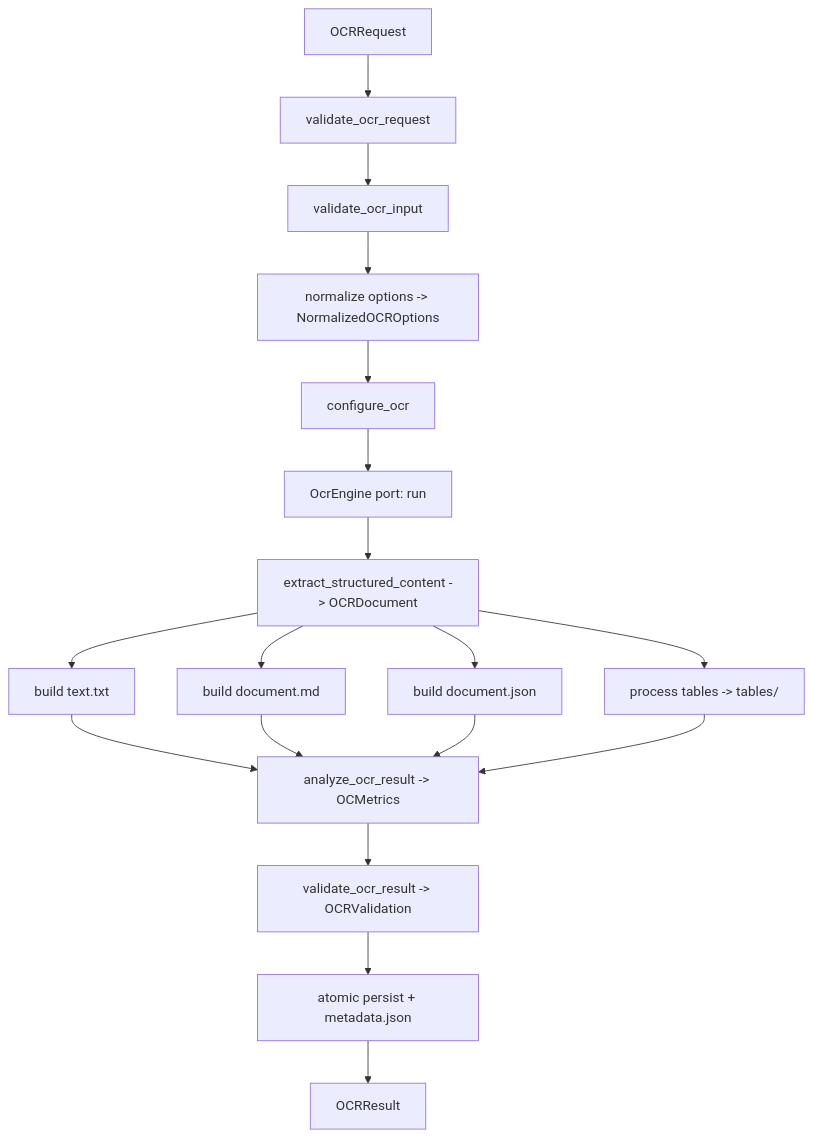
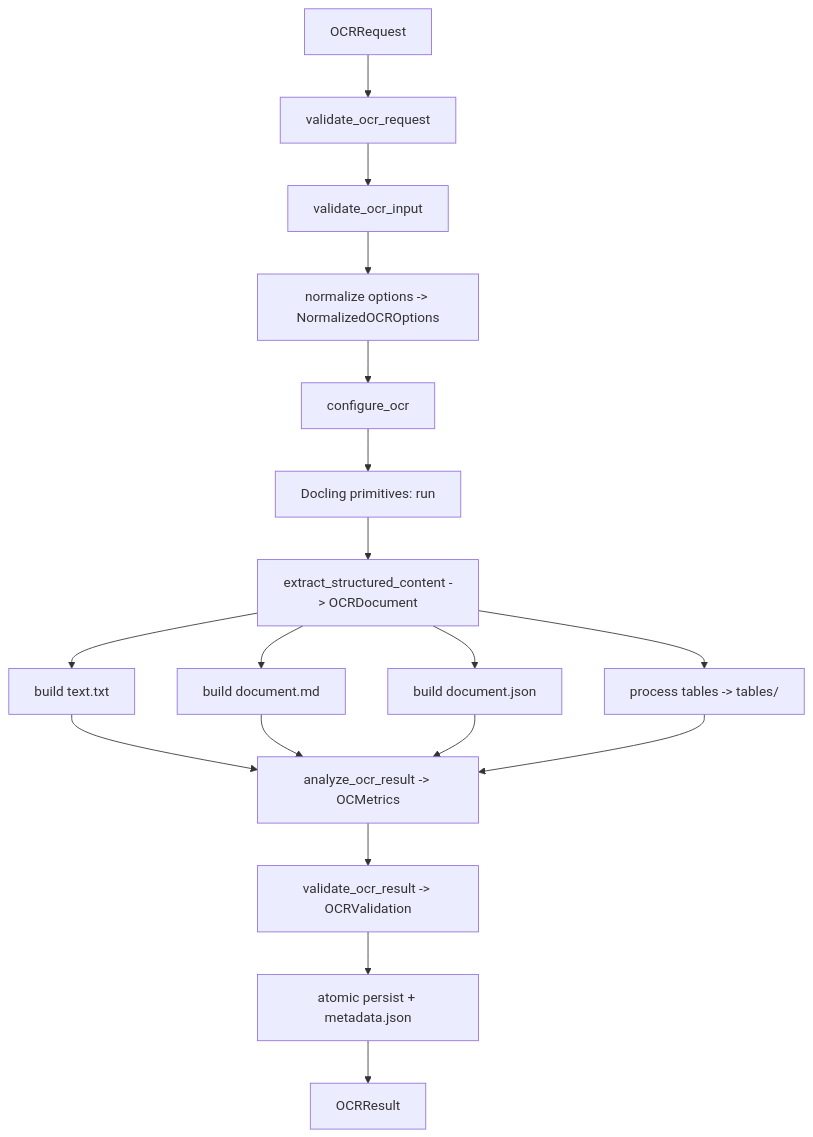
One commit to mariogarcia-ar/docflow changed the diagram in docs/plan/subplan-procesador-ocr.md. Above: the diagram before and after it, drawn with Mermaid. The commit also changed other lines of this file and 5 other files, not shown here.

````diff
--- a/docs/plan/subplan-procesador-ocr.md
+++ b/docs/plan/subplan-procesador-ocr.md
@@ -132,20 +132,20 @@
 ```mermaid
 flowchart TD
     R[OCRRequest] --> V1[validate_ocr_request]
     V1 --> V2[validate_ocr_input]
     V2 --> N[normalize options -> NormalizedOCROptions]
     N --> C[configure_ocr]
-    C --> P[OcrEngine port: run]
+    C --> P[Docling primitives: run]
     P --> E[extract_structured_content -> OCRDocument]
     E --> T[build text.txt]
     E --> M[build document.md]
     E --> J[build document.json]
     E --> TB[process tables -> tables/]
     T --> A[analyze_ocr_result -> OCMetrics]
     M --> A
     J --> A
     TB --> A
     A --> V3[validate_ocr_result -> OCRValidation]
     V3 --> S[atomic persist + metadata.json]
     S --> O[OCRResult]
 ```
````
